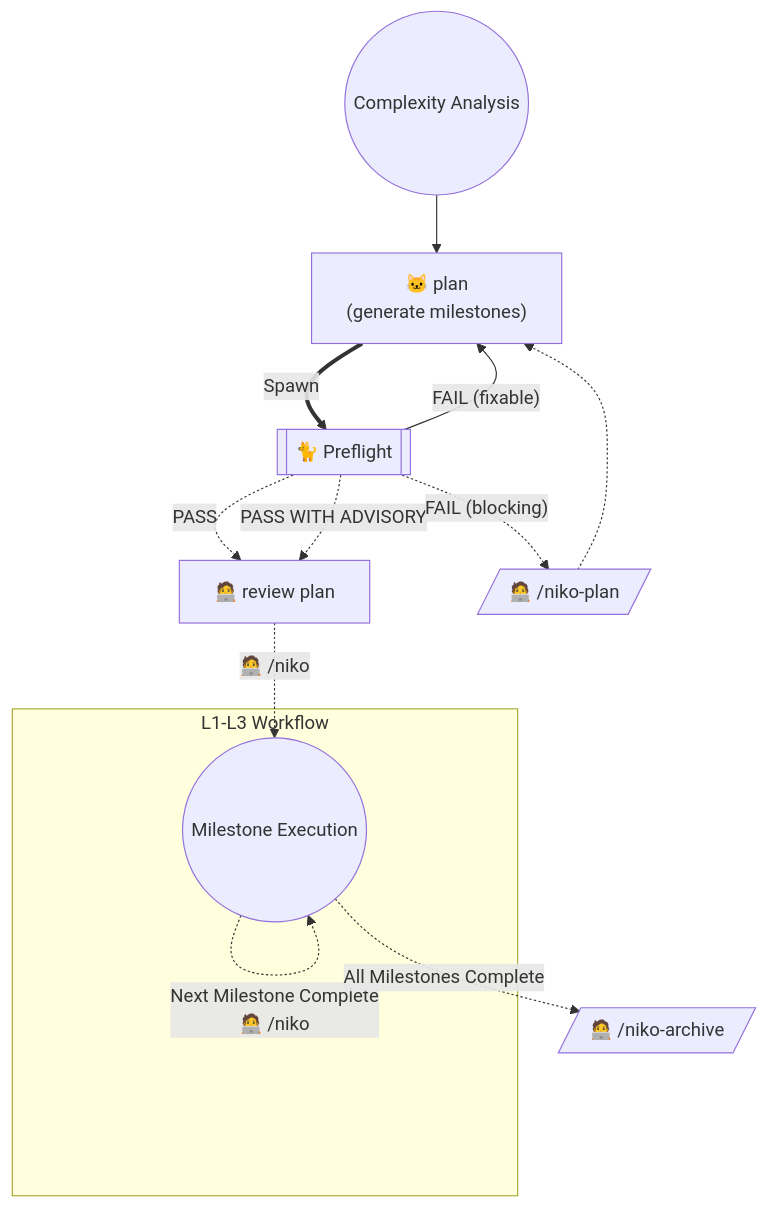
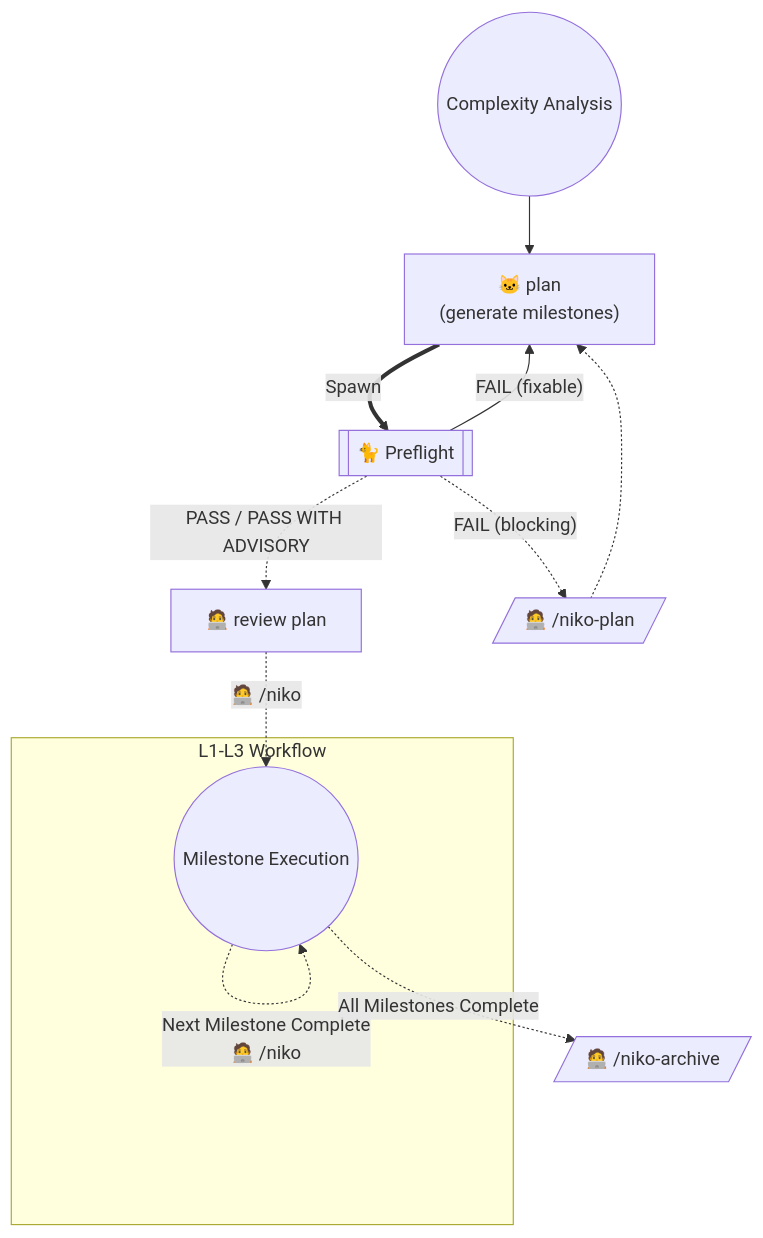
One commit to Texarkanine/.cursor-rules changed the diagram in rulesets/niko/skills/niko/references/level4/level4-workflow.md. Above: the diagram before and after it, drawn with Mermaid. The commit also changed 3 other files, not shown here.

Commit message:
fix(niko): combine Preflight PASS chart edges [#114]

````diff
--- a/rulesets/niko/skills/niko/references/level4/level4-workflow.md
+++ b/rulesets/niko/skills/niko/references/level4/level4-workflow.md
@@ -9,16 +9,15 @@
 ```mermaid
 graph TD
     Start(("Complexity Analysis")) --> NikoPlan["🐱 plan<br>(generate milestones)"]
     NikoPlan ==Spawn==> NikoPreflight[["🐈 Preflight"]]
-    NikoPreflight -.->|"PASS"| ManualReview["🧑‍💻 review plan"]
-    NikoPreflight -.->|"PASS WITH ADVISORY"| ManualReview
+    NikoPreflight -.->|"PASS / PASS WITH ADVISORY"| ManualReview["🧑‍💻 review plan"]
     NikoPreflight -->|"FAIL (fixable)"| NikoPlan
     NikoPreflight -.->|"FAIL (blocking)"| ManualPlan[/"🧑‍💻 /niko-plan"/]
     ManualPlan -.-> NikoPlan
     ManualReview -.->|"🧑‍💻 /niko"| Niko
     subgraph SubWorkflow["L1-L3 Workflow"]
         Niko(("Milestone Execution"))
         Niko -.->|"Next Milestone Complete<br>🧑‍💻 /niko"| Niko
     end
     Niko -.->|"All Milestones Complete"| NikoArchive[/"🧑‍💻 /niko-archive"/]
 ```
````
